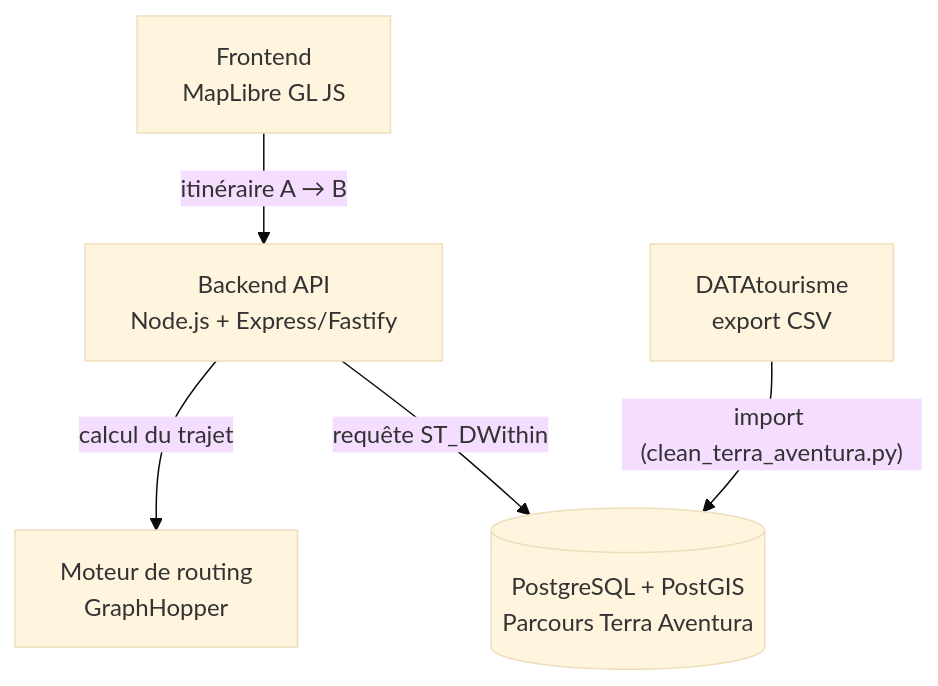
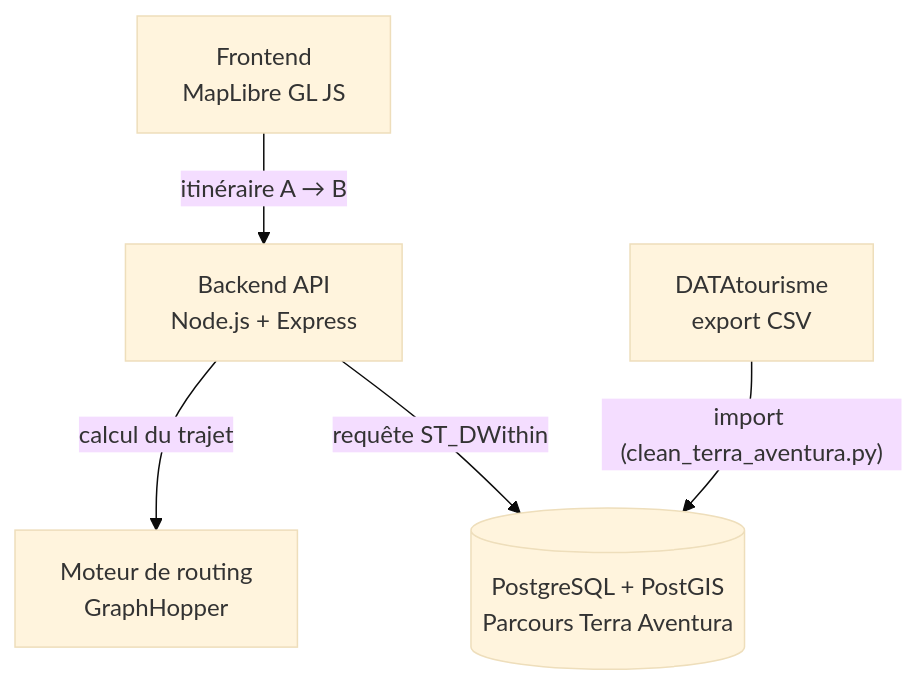
One commit to mickablondo/terra-aventura-radar changed the diagram in README.md. Above: the diagram before and after it, drawn with Mermaid (base theme).

Commit message:
Fix architecture diagram backend API reference
Updated the architecture diagram to reflect changes in the backend API.

````diff
--- a/README.md
+++ b/README.md
@@ -25,7 +25,7 @@
 ```mermaid
 flowchart TD
-    A["Frontend<br/>MapLibre GL JS"] -->|"itinéraire A → B"| B["Backend API<br/>Node.js + Express/Fastify"]
+    A["Frontend<br/>MapLibre GL JS"] -->|"itinéraire A → B"| B["Backend API<br/>Node.js + Express"]
     B -->|"calcul du trajet"| C["Moteur de routing<br/>GraphHopper"]
     B -->|"requête ST_DWithin"| D[("PostgreSQL + PostGIS<br/>Parcours Terra Aventura")]
     E["DATAtourisme<br/>export CSV"] -->|"import (clean_terra_aventura.py)"| D
 ```
````
